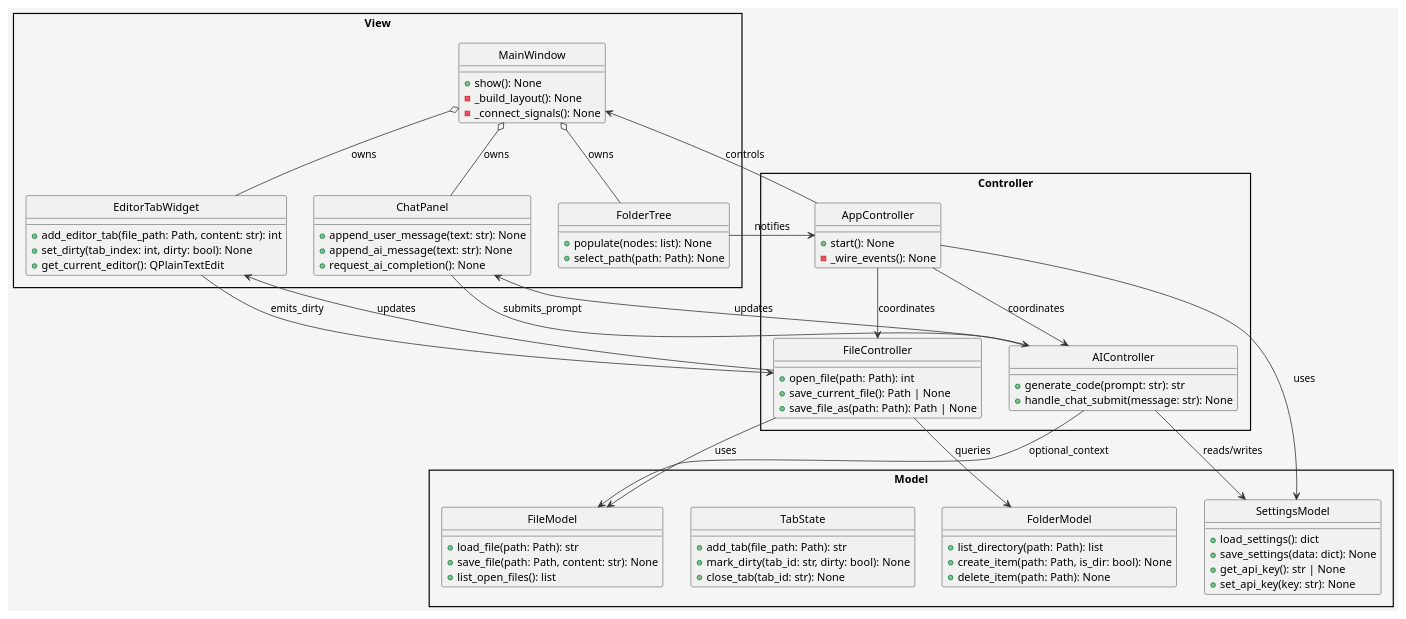
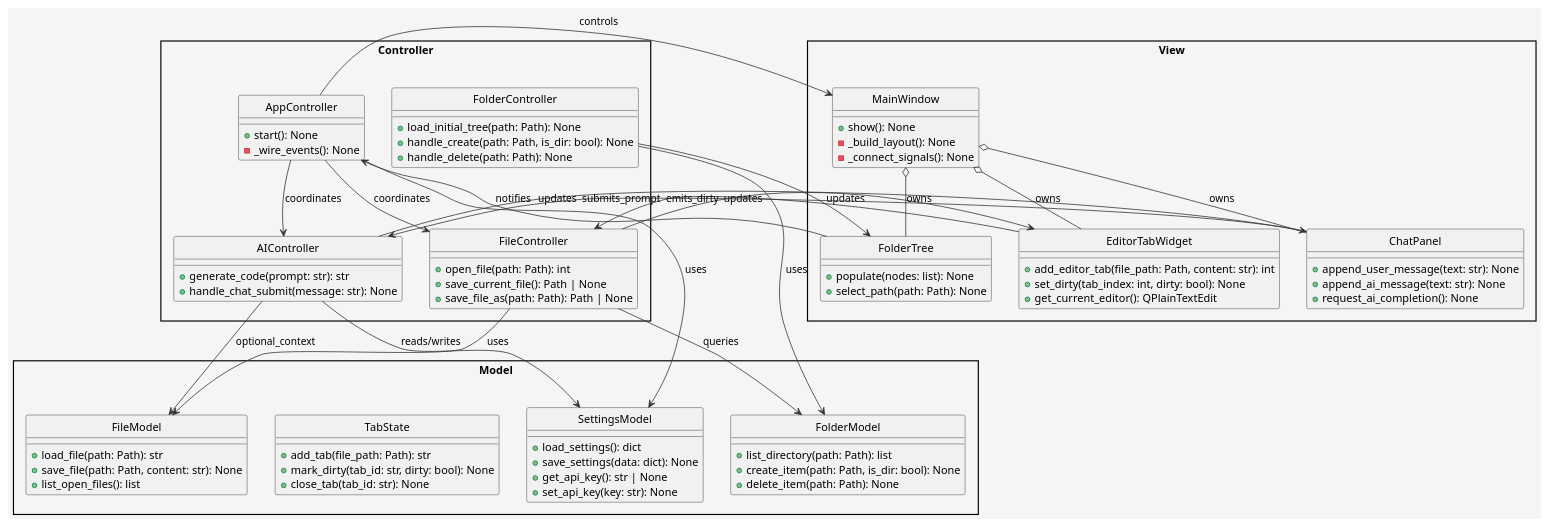
One commit to tt2tt/my_editor changed the diagram in design/architecture.puml. Above: the diagram before and after it, drawn with PlantUML. The commit also changed 4 other files, not shown here.

```diff
--- a/design/architecture.puml
+++ b/design/architecture.puml
@@ -1,101 +1,109 @@
 @startuml ArchitectureDiagram
 ' MVC構造のクラス図。ControllerがModelとView間の仲介を行う。
 skinparam style strictuml
 skinparam packageStyle rectangle
 skinparam backgroundColor #f5f5f5
 skinparam ArrowColor #333333
 skinparam ArrowThickness 1
 skinparam defaultTextAlignment center
 
 package "Model" {
   class FileModel {
     +load_file(path: Path): str
     +save_file(path: Path, content: str): None
     +list_open_files(): list
   }
 
   class FolderModel {
     +list_directory(path: Path): list
     +create_item(path: Path, is_dir: bool): None
     +delete_item(path: Path): None
   }
 
   class TabState {
     +add_tab(file_path: Path): str
     +mark_dirty(tab_id: str, dirty: bool): None
     +close_tab(tab_id: str): None
   }
 
   class SettingsModel {
     +load_settings(): dict
     +save_settings(data: dict): None
     +get_api_key(): str | None
     +set_api_key(key: str): None
   }
 }
 
 package "View" {
   class MainWindow {
     +show(): None
     -_build_layout(): None
     -_connect_signals(): None
   }
 
   class EditorTabWidget {
     +add_editor_tab(file_path: Path, content: str): int
     +set_dirty(tab_index: int, dirty: bool): None
     +get_current_editor(): QPlainTextEdit
   }
 
   class FolderTree {
     +populate(nodes: list): None
     +select_path(path: Path): None
   }
 
   class ChatPanel {
     +append_user_message(text: str): None
     +append_ai_message(text: str): None
     +request_ai_completion(): None
   }
 }
 
 package "Controller" {
   class AppController {
     +start(): None
     -_wire_events(): None
   }
 
   class FileController {
     +open_file(path: Path): int
     +save_current_file(): Path | None
     +save_file_as(path: Path): Path | None
   }
 
+  class FolderController {
+    +load_initial_tree(path: Path): None
+    +handle_create(path: Path, is_dir: bool): None
+    +handle_delete(path: Path): None
+  }
+
   class AIController {
     +generate_code(prompt: str): str
     +handle_chat_submit(message: str): None
   }
 }
 
 AppController --> MainWindow : controls
 AppController --> FileController : coordinates
 AppController --> AIController : coordinates
 AppController --> SettingsModel : uses
 
 FileController --> FileModel : uses
 FileController --> EditorTabWidget : updates
 FileController --> FolderModel : queries
+FolderController --> FolderModel : uses
+FolderController --> FolderTree : updates
 
 AIController --> ChatPanel : updates
 AIController --> SettingsModel : reads/writes
 AIController --> FileModel : optional_context
 
 MainWindow o-- EditorTabWidget : owns
 MainWindow o-- FolderTree : owns
 MainWindow o-- ChatPanel : owns
 
 FolderTree --> AppController : notifies
 EditorTabWidget --> FileController : emits_dirty
 ChatPanel --> AIController : submits_prompt
 
 @enduml
```
